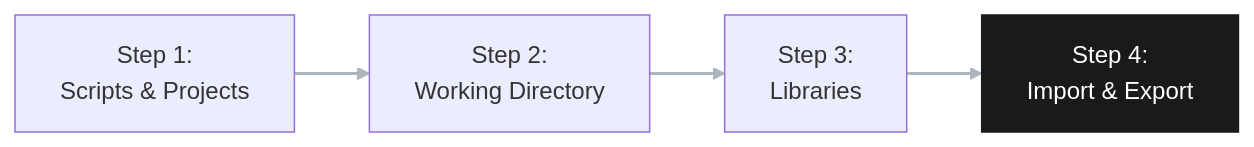
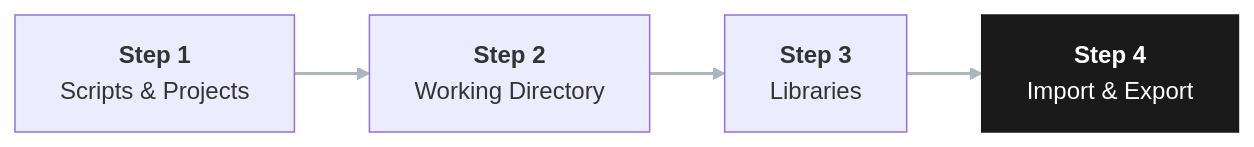
The diagram in setup-data.qmd (mro0001/r-tutorials), drawn with Mermaid before and after one commit. The commit also changed 6 other files, not shown here.

First line of the commit message:
Rename to 'Workflow: A Quick and Dirty Introduction', fix Mermaid line breaks

````diff
--- a/setup-data.qmd
+++ b/setup-data.qmd
@@ -10,8 +10,12 @@
 ```{mermaid}
 %%| fig-width: 9
-%%| fig-height: 2.5
+%%| fig-height: 3
 flowchart LR
-    A["Step 1:<br>Scripts & Projects"] --> B["Step 2:<br>Working Directory"] --> C["Step 3:<br>Libraries"] --> D["Step 4:<br>Import & Export"]
+    A["`**Step 1**
+    Scripts & Projects`"] --> B["`**Step 2**
+    Working Directory`"] --> C["`**Step 3**
+    Libraries`"] --> D["`**Step 4**
+    Import & Export`"]
     style D fill:#1a1a1a,stroke:#1a1a1a,color:#fff
     linkStyle default stroke:#adb5bd,stroke-width:2px
 ```
````
